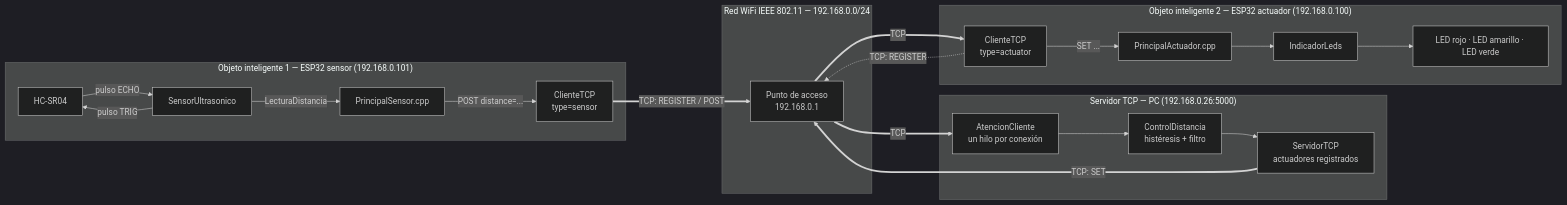
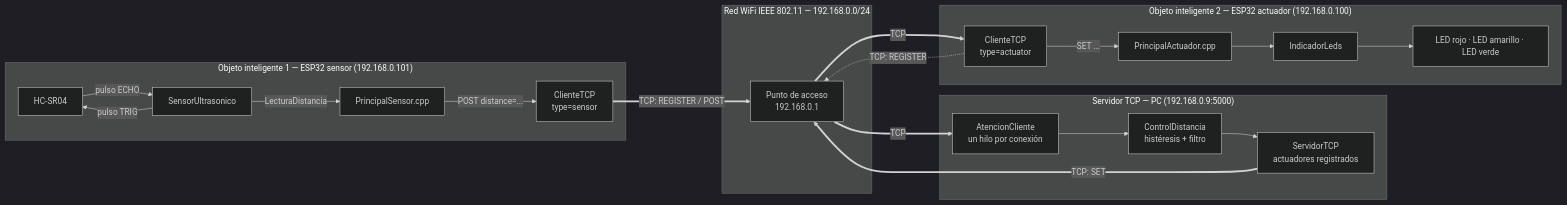
One commit to Alous12/Proyecto_2_IOT changed the first of 6 diagrams in doc/informe.md. Above: the diagram before and after it, drawn with Mermaid (dark theme). The commit also changed other lines of this file and 9 other files, not shown here.

````diff
--- a/doc/informe.md
+++ b/doc/informe.md
@@ -135,38 +135,38 @@
 ```mermaid
 flowchart LR
     subgraph OBJ1["Objeto inteligente 1 — ESP32 sensor (192.168.0.101)"]
         HC["HC-SR04"]
         SU["SensorUltrasonico"]
         PS["PrincipalSensor.cpp"]
         CT1["ClienteTCP<br/>type=sensor"]
         HC -->|"pulso ECHO"| SU
         SU -->|"pulso TRIG"| HC
         SU -->|"LecturaDistancia"| PS
         PS -->|"POST distance=..."| CT1
     end
 
     subgraph RED["Red WiFi IEEE 802.11 — 192.168.0.0/24"]
         AP["Punto de acceso<br/>192.168.0.1"]
     end
 
-    subgraph PC["Servidor TCP — PC (192.168.0.26:5000)"]
+    subgraph PC["Servidor TCP — PC (192.168.0.9:5000)"]
         AC["AtencionCliente<br/>un hilo por conexión"]
         CD["ControlDistancia<br/>histéresis + filtro"]
         SV["ServidorTCP<br/>actuadores registrados"]
         AC --> CD --> SV
     end
 
     subgraph OBJ2["Objeto inteligente 2 — ESP32 actuador (192.168.0.100)"]
         CT2["ClienteTCP<br/>type=actuator"]
         PA["PrincipalActuador.cpp"]
         IL["IndicadorLeds"]
         LEDS["LED rojo · LED amarillo · LED verde"]
         CT2 -->|"SET ..."| PA --> IL --> LEDS
     end
 
     CT1 ==>|"TCP: REGISTER / POST"| AP
     AP ==>|"TCP"| AC
     SV ==>|"TCP: SET"| AP
     AP ==>|"TCP"| CT2
     CT2 -.->|"TCP: REGISTER"| AP
 ```
````
